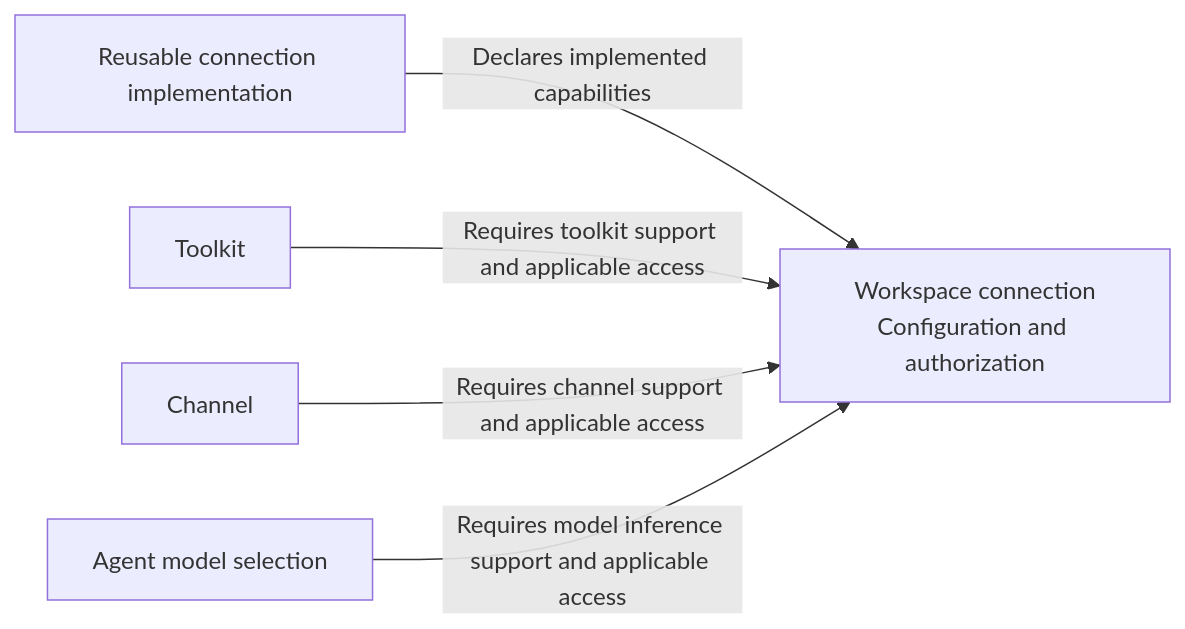
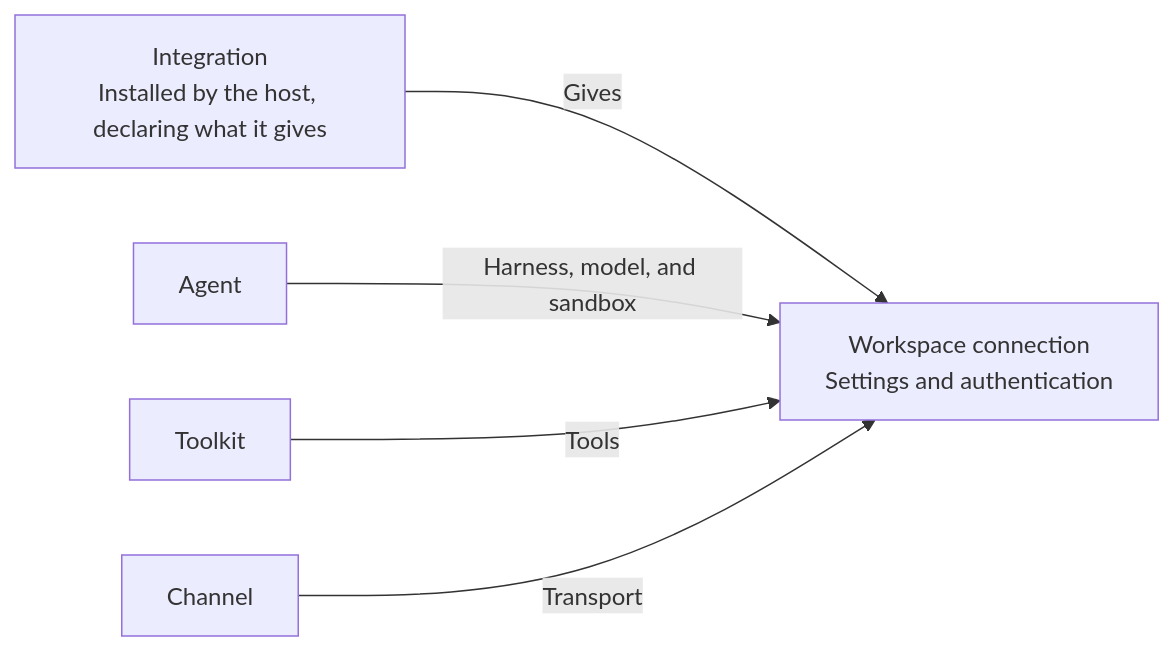
Before and after one commit to amends-dev/amends: the fifth of 7 diagrams in docs/core-model.md, drawn with Mermaid. The commit also changed other lines of this file, not shown here.

First line of the commit message:
Revise the core model for turns on the harness and sandboxes

````diff
--- a/docs/core-model.md
+++ b/docs/core-model.md
@@ -1892,7 +1209,7 @@
 ```mermaid
 flowchart LR
-  IMPLEMENTATION["Reusable connection implementation"] -->|Declares implemented capabilities| CONNECTION["Workspace connection<br/>Configuration and authorization"]
-  TOOLKIT["Toolkit"] -->|Requires toolkit support and applicable access| CONNECTION
-  CHANNEL["Channel"] -->|Requires channel support and applicable access| CONNECTION
-  AGENT["Agent model selection"] -->|Requires model inference support and applicable access| CONNECTION
+  INTEGRATION["Integration<br/>Installed by the host, declaring what it gives"] -->|Gives| CONNECTION["Workspace connection<br/>Settings and authentication"]
+  AGENT["Agent"] -->|Harness, model, and sandbox| CONNECTION
+  TOOLKIT["Toolkit"] -->|Tools| CONNECTION
+  CHANNEL["Channel"] -->|Transport| CONNECTION
 ```
````
